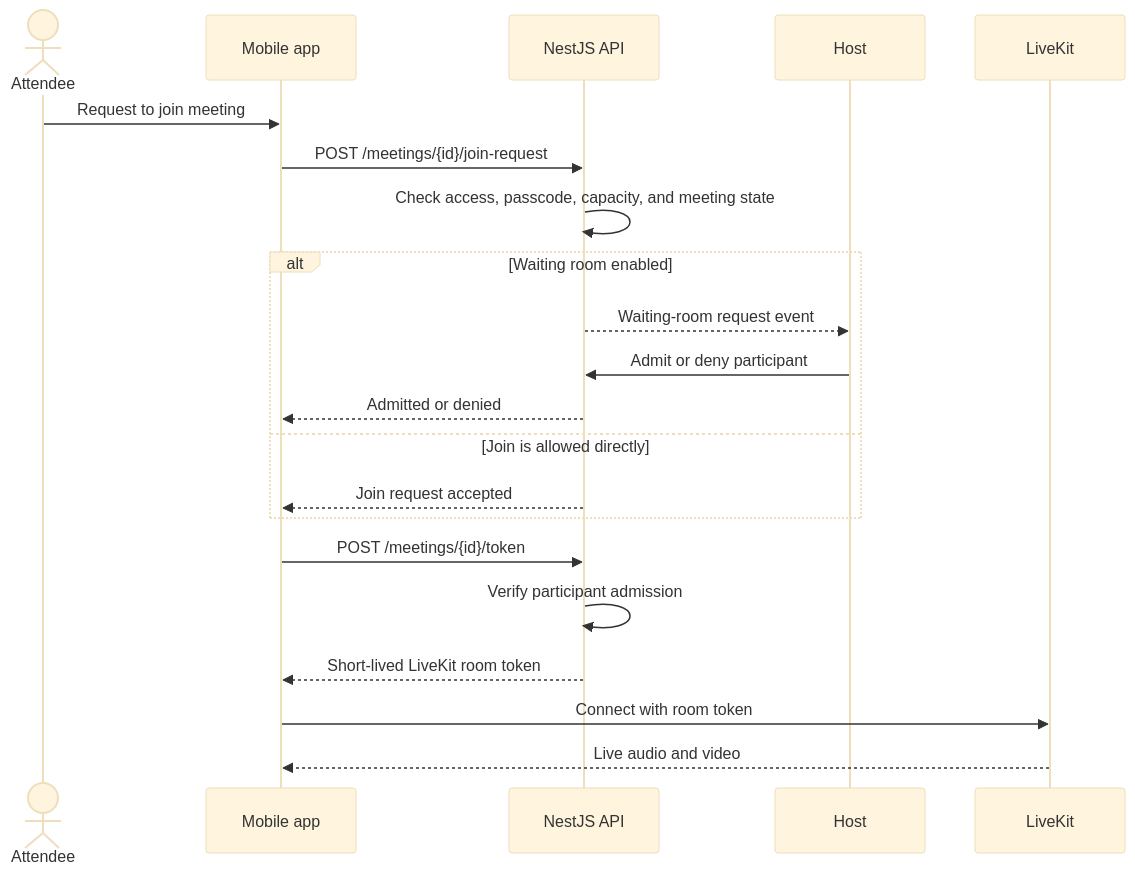
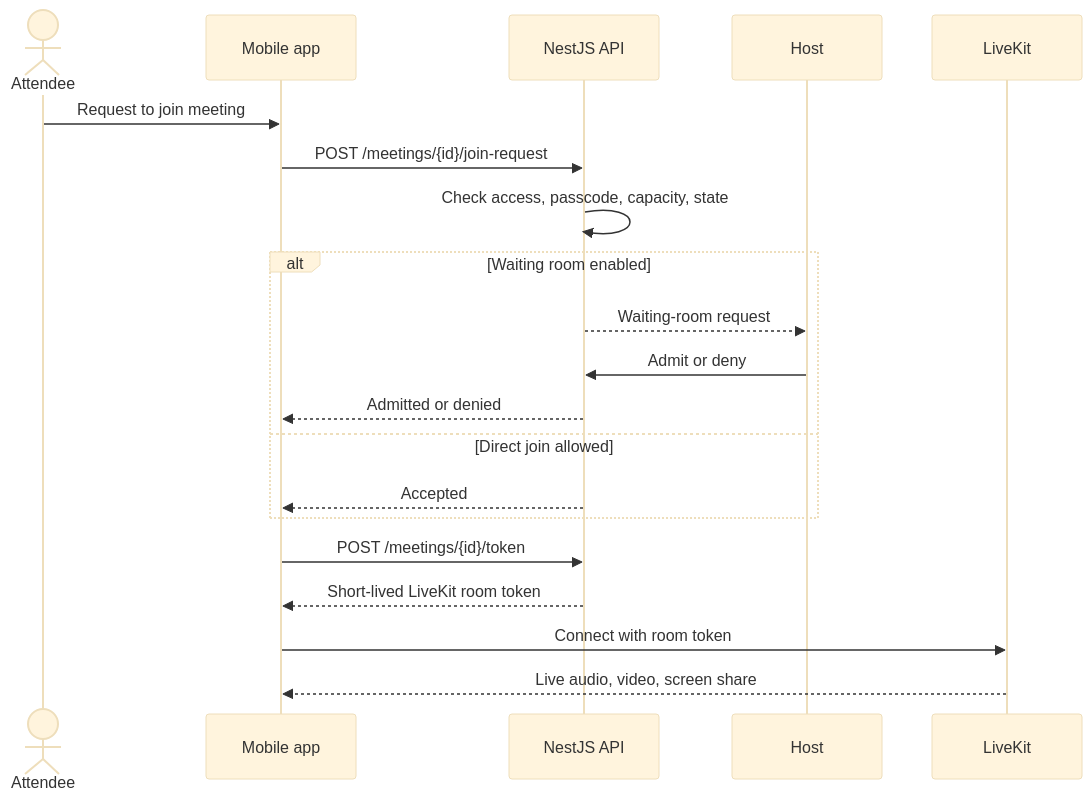
One commit to rashmi06an/Vimarsh- changed the third of 3 diagrams in README.md. Above: the diagram before and after it, drawn with Mermaid (base theme). The commit also changed other lines of this file and 5 other files, not shown here.

````diff
--- a/README.md
+++ b/README.md
@@ -112,24 +65,23 @@
 ```mermaid
 sequenceDiagram
     actor Attendee
     participant App as Mobile app
     participant API as NestJS API
     participant Host
     participant LiveKit
 
     Attendee->>App: Request to join meeting
     App->>API: POST /meetings/{id}/join-request
-    API->>API: Check access, passcode, capacity, and meeting state
+    API->>API: Check access, passcode, capacity, state
     alt Waiting room enabled
-        API-->>Host: Waiting-room request event
-        Host->>API: Admit or deny participant
+        API-->>Host: Waiting-room request
+        Host->>API: Admit or deny
         API-->>App: Admitted or denied
-    else Join is allowed directly
-        API-->>App: Join request accepted
+    else Direct join allowed
+        API-->>App: Accepted
     end
     App->>API: POST /meetings/{id}/token
-    API->>API: Verify participant admission
     API-->>App: Short-lived LiveKit room token
     App->>LiveKit: Connect with room token
-    LiveKit-->>App: Live audio and video
+    LiveKit-->>App: Live audio, video, screen share
 ```
````
